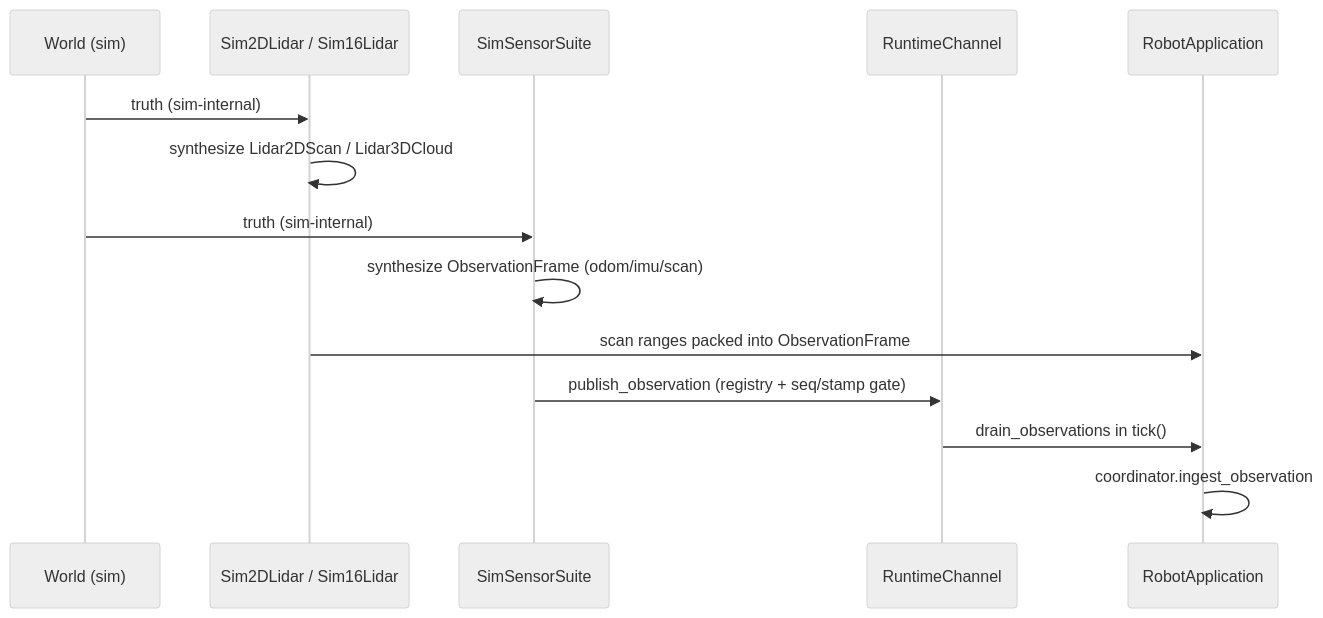
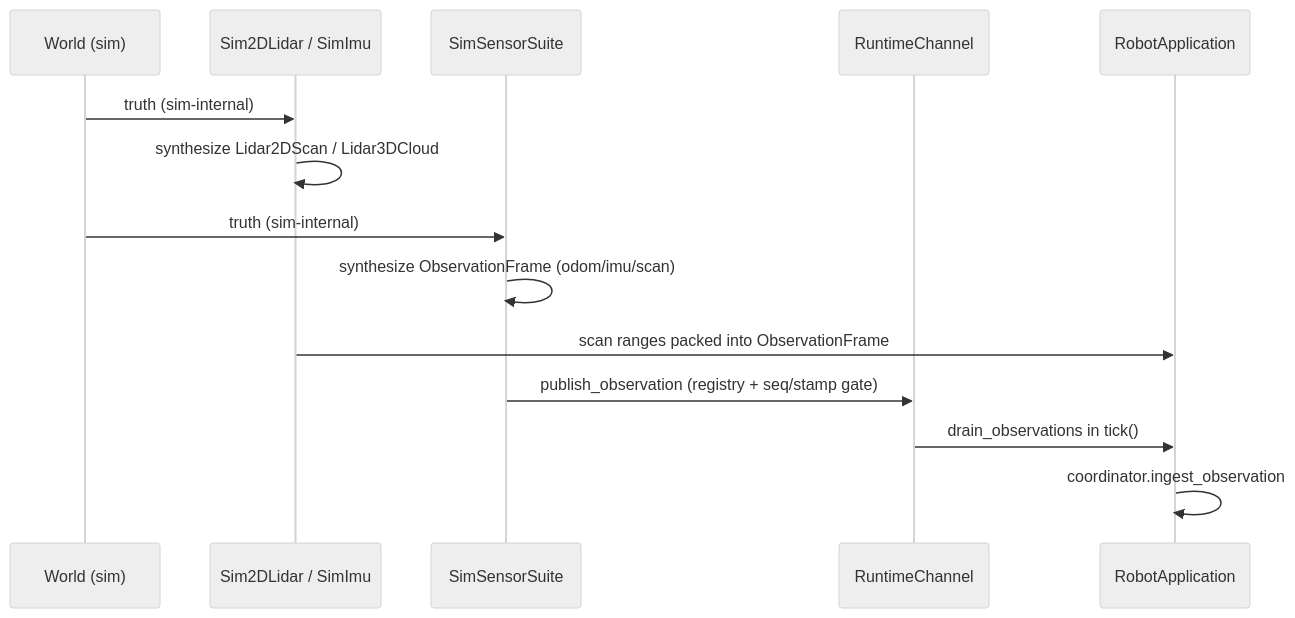
One commit to Robin-1978/lost-signal changed the third of 6 diagrams in docs/system-overview.md. Above: the diagram before and after it, drawn with Mermaid (neutral theme). The commit also changed other lines of this file and 13 other files, not shown here.

Commit message:
refactor: real lidar/imu providers via typed polls; drop fake lidar16 stub

````diff
--- a/docs/system-overview.md
+++ b/docs/system-overview.md
@@ -91,16 +91,16 @@
 ```mermaid
 sequenceDiagram
   participant W as World (sim)
-  participant L as Sim2DLidar / Sim16Lidar
+  participant L as Sim2DLidar / SimImu
   participant P as SimSensorSuite
   participant C as RuntimeChannel
   participant R as RobotApplication
   W->>L: truth (sim-internal)
   L->>L: synthesize Lidar2DScan / Lidar3DCloud
   W->>P: truth (sim-internal)
   P->>P: synthesize ObservationFrame (odom/imu/scan)
   L->>R: scan ranges packed into ObservationFrame
   P->>C: publish_observation (registry + seq/stamp gate)
   C->>R: drain_observations in tick()
   R->>R: coordinator.ingest_observation
 ```
````
